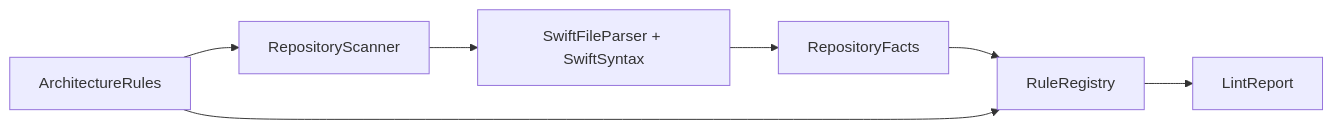
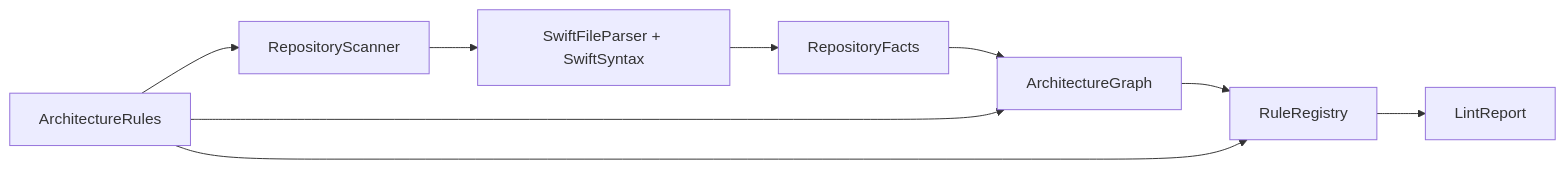
Before and after one commit to RoyalPineapple/BumperBowling: the first of 7 diagrams in docs/ARCHITECTURE_SNAPSHOT.md, drawn with Mermaid. The commit also changed other lines of this file and 17 other files, not shown here.

Commit message:
Reframe DSL around architecture graph

````diff
--- a/docs/ARCHITECTURE_SNAPSHOT.md
+++ b/docs/ARCHITECTURE_SNAPSHOT.md
@@ -17,9 +17,11 @@
 ```mermaid
 flowchart LR
     Config["ArchitectureRules"] --> Scanner["RepositoryScanner"]
     Scanner --> SwiftSyntax["SwiftFileParser + SwiftSyntax"]
     SwiftSyntax --> Facts["RepositoryFacts"]
-    Facts --> Rules["RuleRegistry"]
+    Facts --> Graph["ArchitectureGraph"]
+    Config --> Graph
+    Graph --> Rules["RuleRegistry"]
     Config --> Rules
     Rules --> Report["LintReport"]
 ```
````
